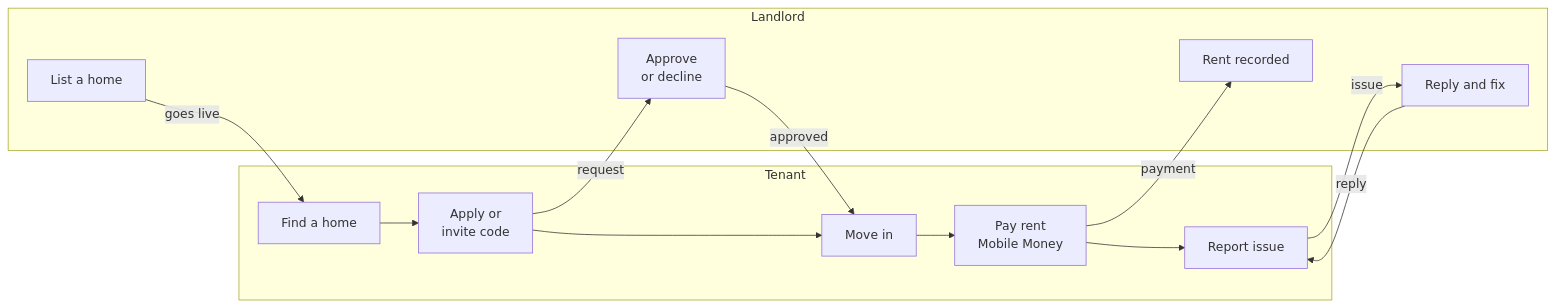
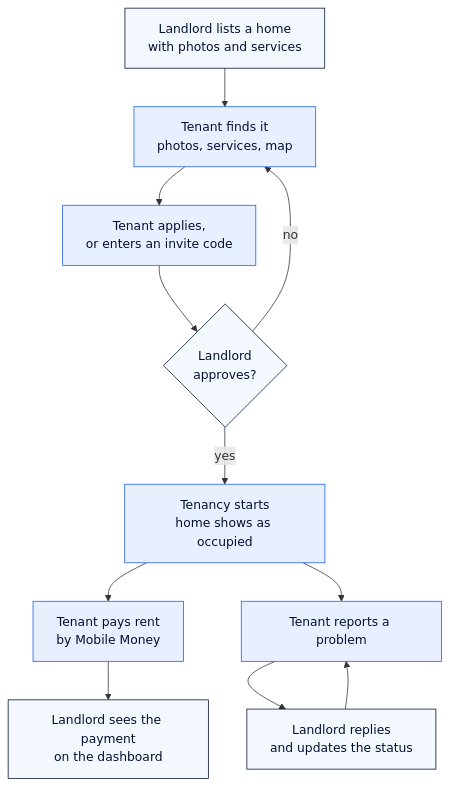
The diagram in docs/project-report.md (Adon-Chilembo/zambia-apartments), drawn with Mermaid before and after one commit. The commit also changed other lines of this file, not shown here.

Commit message:
Make the project report's flow diagram readable on GitHub

````diff
--- a/docs/project-report.md
+++ b/docs/project-report.md
@@ -29,15 +29,17 @@
 ```mermaid
-flowchart LR
-    subgraph Tenant
-        T1[Find a home] --> T2[Apply or<br/>invite code] --> T3[Move in] --> T4[Pay rent<br/>Mobile Money] --> T5[Report issue]
-    end
-    subgraph Landlord
-        L1[List a home] ~~~ L2[Approve<br/>or decline] ~~~ L4[Rent recorded] ~~~ L5[Reply and fix]
-    end
-    L1 -- goes live --> T1
-    T2 -- request --> L2
-    L2 -- approved --> T3
-    T4 -- payment --> L4
-    T5 -- issue --> L5
-    L5 -- reply --> T5
+flowchart TD
+    L1[Landlord lists a home<br/>with photos and services] --> T1[Tenant finds it<br/>photos, services, map]
+    T1 --> T2[Tenant applies,<br/>or enters an invite code]
+    T2 --> L2{Landlord<br/>approves?}
+    L2 -- no --> T1
+    L2 -- yes --> T3[Tenancy starts<br/>home shows as occupied]
+    T3 --> T4[Tenant pays rent<br/>by Mobile Money]
+    T4 --> L4[Landlord sees the payment<br/>on the dashboard]
+    T3 --> T5[Tenant reports a problem]
+    T5 --> L5[Landlord replies<br/>and updates the status]
+    L5 --> T5
+    classDef tenant fill:#e8efff,stroke:#185DF1,color:#031130
+    classDef landlord fill:#f3f7fe,stroke:#031130,color:#031130
+    class T1,T2,T3,T4,T5 tenant
+    class L1,L2,L4,L5 landlord
 ```
````
